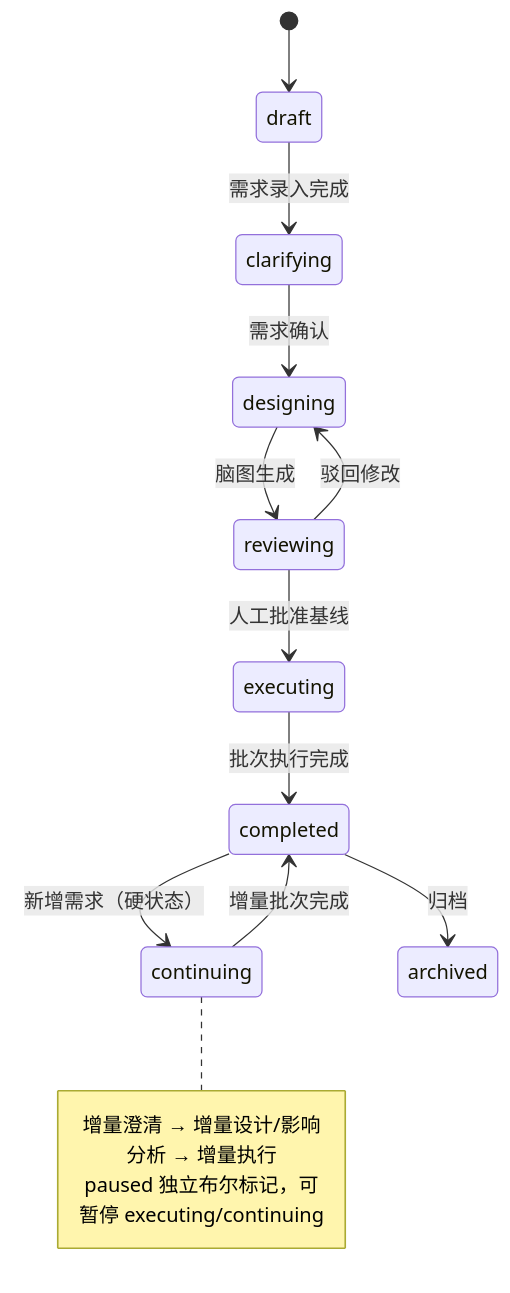
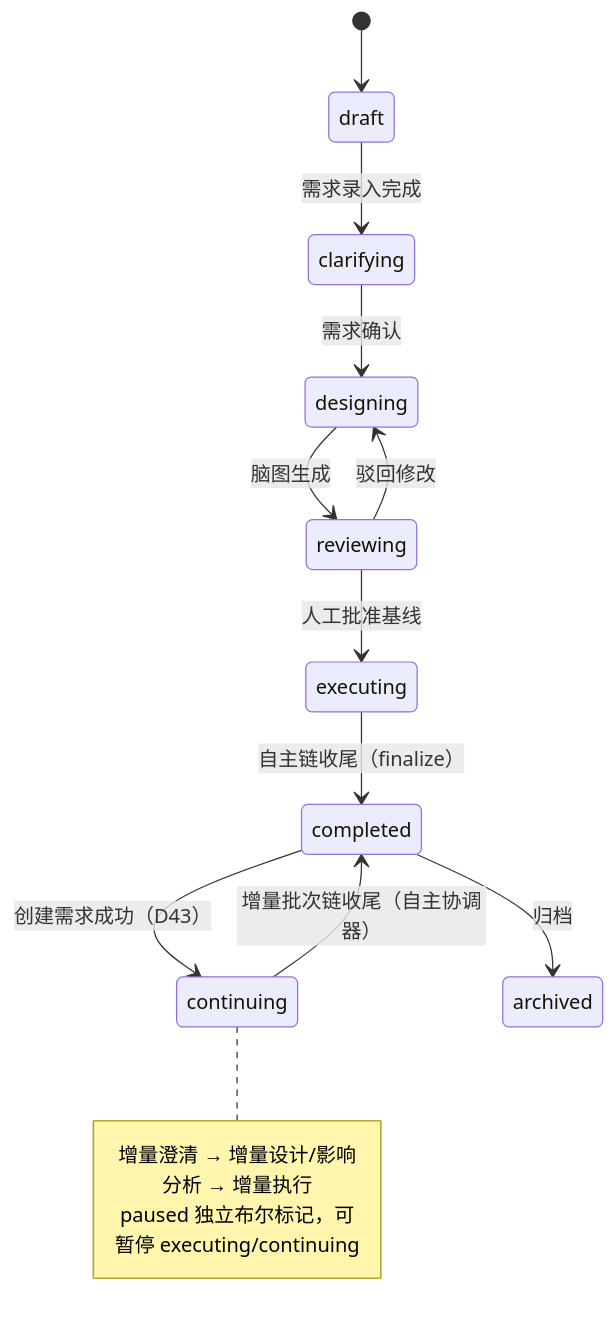
Before and after one commit to EdouardRichard/EzTest: the diagram in docs/design/system-blueprint.md, drawn with Mermaid. The commit also changed other lines of this file and 7 other files, not shown here.

````diff
--- a/docs/design/system-blueprint.md
+++ b/docs/design/system-blueprint.md
@@ -298,17 +320,17 @@
 ```mermaid
 stateDiagram-v2
     [*] --> draft
     draft --> clarifying: 需求录入完成
     clarifying --> designing: 需求确认
     designing --> reviewing: 脑图生成
     reviewing --> designing: 驳回修改
     reviewing --> executing: 人工批准基线
-    executing --> completed: 批次执行完成
-    completed --> continuing: 新增需求（硬状态）
-    continuing --> completed: 增量批次完成
+    executing --> completed: 自主链收尾（finalize）
+    completed --> continuing: 创建需求成功（D43）
+    continuing --> completed: 增量批次链收尾（自主协调器）
     completed --> archived: 归档
     note right of continuing
         增量澄清 → 增量设计/影响分析 → 增量执行
         paused 独立布尔标记，可暂停 executing/continuing
     end note
 ```
````
